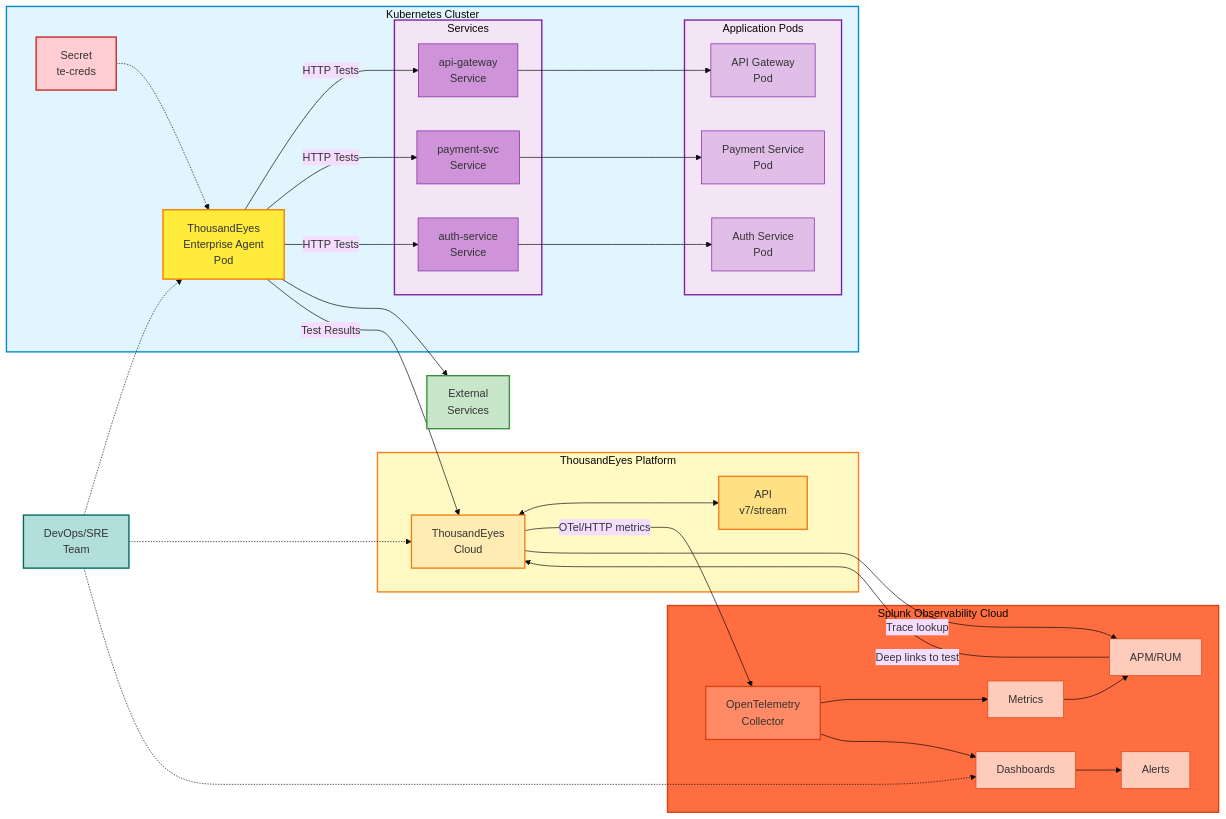
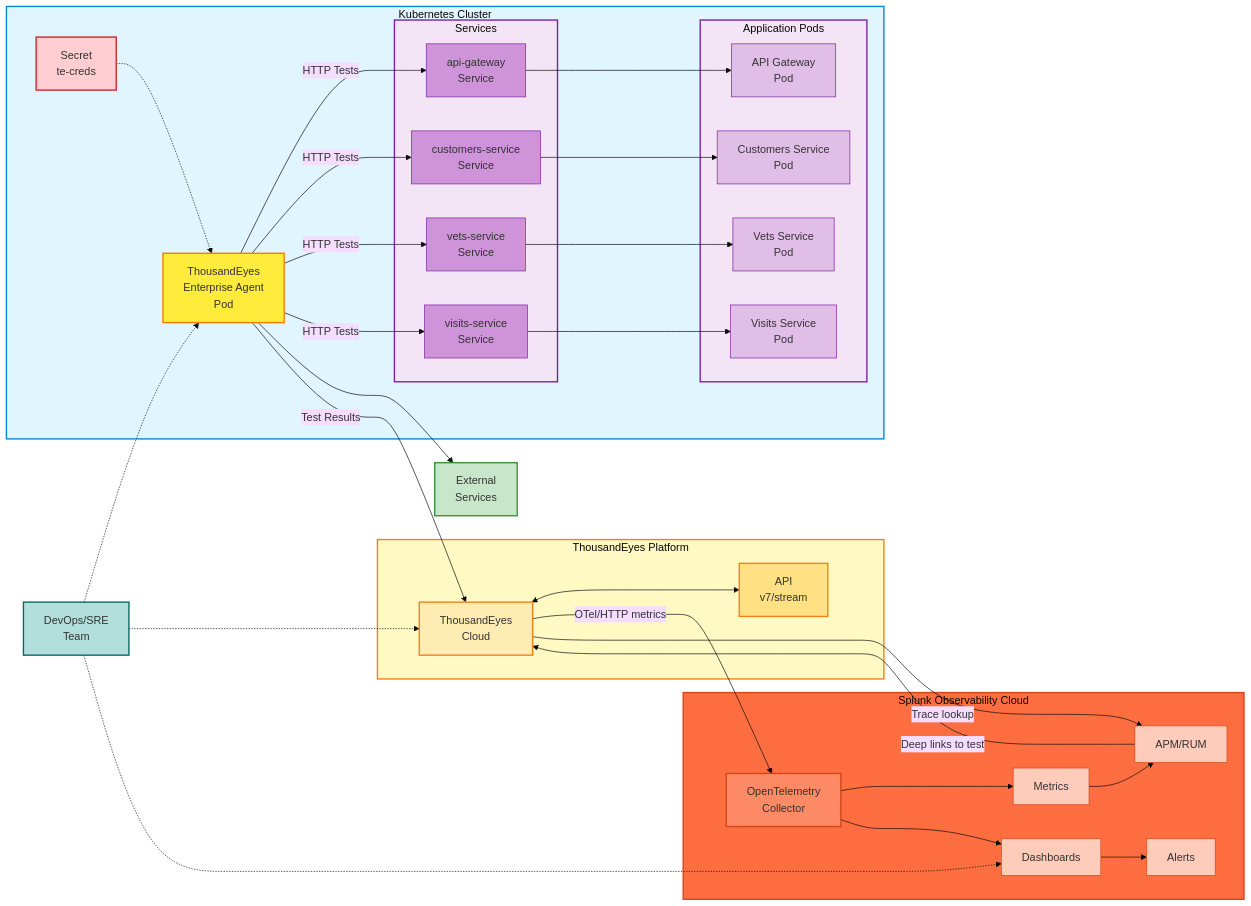
Before and after one commit to splunk/observability-workshop: the diagram in content/en/scenarios/thousandeyes-integration/1-overview/_index.md, drawn with Mermaid. The commit also changed 8 other files, not shown here.

```diff
--- a/content/en/scenarios/thousandeyes-integration/1-overview/_index.md
+++ b/content/en/scenarios/thousandeyes-integration/1-overview/_index.md
@@ -43,24 +43,28 @@
         
         subgraph apps["Application Pods"]
             api["API Gateway<br/>Pod"]
-            payment["Payment Service<br/>Pod"]
-            auth["Auth Service<br/>Pod"]
+            customers["Customers Service<br/>Pod"]
+            vets["Vets Service<br/>Pod"]
+            visits["Visits Service<br/>Pod"]
         end
         
         subgraph svcs["Services"]
             api_svc["api-gateway<br/>Service"]
-            payment_svc["payment-svc<br/>Service"]
-            auth_svc["auth-service<br/>Service"]
+            customers_svc["customers-service<br/>Service"]
+            vets_svc["vets-service<br/>Service"]
+            visits_svc["visits-service<br/>Service"]
         end
         
         api_svc --> api
-        payment_svc --> payment
-        auth_svc --> auth
+        customers_svc --> customers
+        vets_svc --> vets
+        visits_svc --> visits
         
         secret -.-> agent
         agent -->|"HTTP Tests"| api_svc
-        agent -->|"HTTP Tests"| payment_svc
-        agent -->|"HTTP Tests"| auth_svc
+        agent -->|"HTTP Tests"| customers_svc
+        agent -->|"HTTP Tests"| vets_svc
+        agent -->|"HTTP Tests"| visits_svc
     end
     
     external["External<br/>Services"]
@@ -103,11 +107,13 @@
     style agent fill:#ffeb3b,stroke:#f57c00,stroke-width:2px
     style secret fill:#ffcdd2,stroke:#c62828,stroke-width:2px
     style api fill:#e1bee7,stroke:#7b1fa2,stroke-width:1px
-    style payment fill:#e1bee7,stroke:#7b1fa2,stroke-width:1px
-    style auth fill:#e1bee7,stroke:#7b1fa2,stroke-width:1px
+    style customers fill:#e1bee7,stroke:#7b1fa2,stroke-width:1px
+    style vets fill:#e1bee7,stroke:#7b1fa2,stroke-width:1px
+    style visits fill:#e1bee7,stroke:#7b1fa2,stroke-width:1px
     style api_svc fill:#ce93d8,stroke:#7b1fa2,stroke-width:1px
-    style payment_svc fill:#ce93d8,stroke:#7b1fa2,stroke-width:1px
-    style auth_svc fill:#ce93d8,stroke:#7b1fa2,stroke-width:1px
+    style customers_svc fill:#ce93d8,stroke:#7b1fa2,stroke-width:1px
+    style vets_svc fill:#ce93d8,stroke:#7b1fa2,stroke-width:1px
+    style visits_svc fill:#ce93d8,stroke:#7b1fa2,stroke-width:1px
     style external fill:#c8e6c9,stroke:#388e3c,stroke-width:2px
     style te fill:#fff9c4,stroke:#f57f17,stroke-width:2px
     style te_cloud fill:#ffecb3,stroke:#f57f17,stroke-width:2px
```
